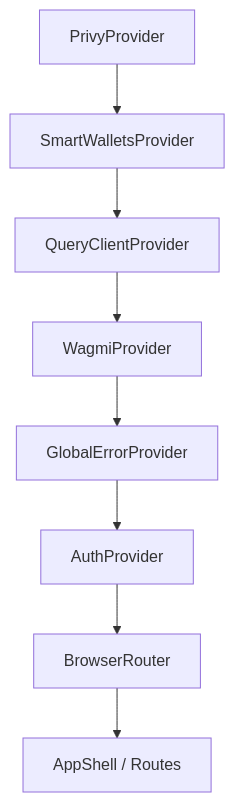
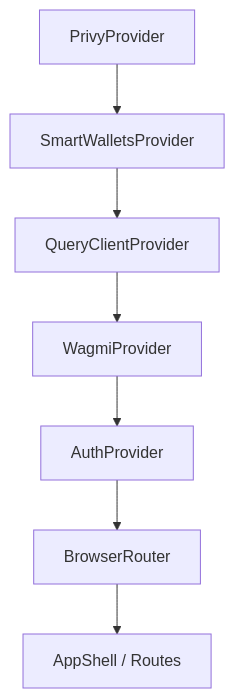
Before and after one commit to MagRelo/cut: the first of 3 diagrams in spec/client/architecture.md, drawn with Mermaid. The commit also changed other lines of this file and 13 other files, not shown here.

First line of the commit message:
refactor: remove GlobalError handling and streamline error management

````diff
--- a/spec/client/architecture.md
+++ b/spec/client/architecture.md
@@ -7,10 +7,9 @@
 ```mermaid
 graph TB
   PRIVY[PrivyProvider] --> SW[SmartWalletsProvider]
   SW --> RQ[QueryClientProvider]
   RQ --> WAGMI[WagmiProvider]
-  WAGMI --> ERR[GlobalErrorProvider]
-  ERR --> AUTH[AuthProvider]
+  WAGMI --> AUTH[AuthProvider]
   AUTH --> ROUTER[BrowserRouter]
   ROUTER --> APP[AppShell / Routes]
 ```
````
